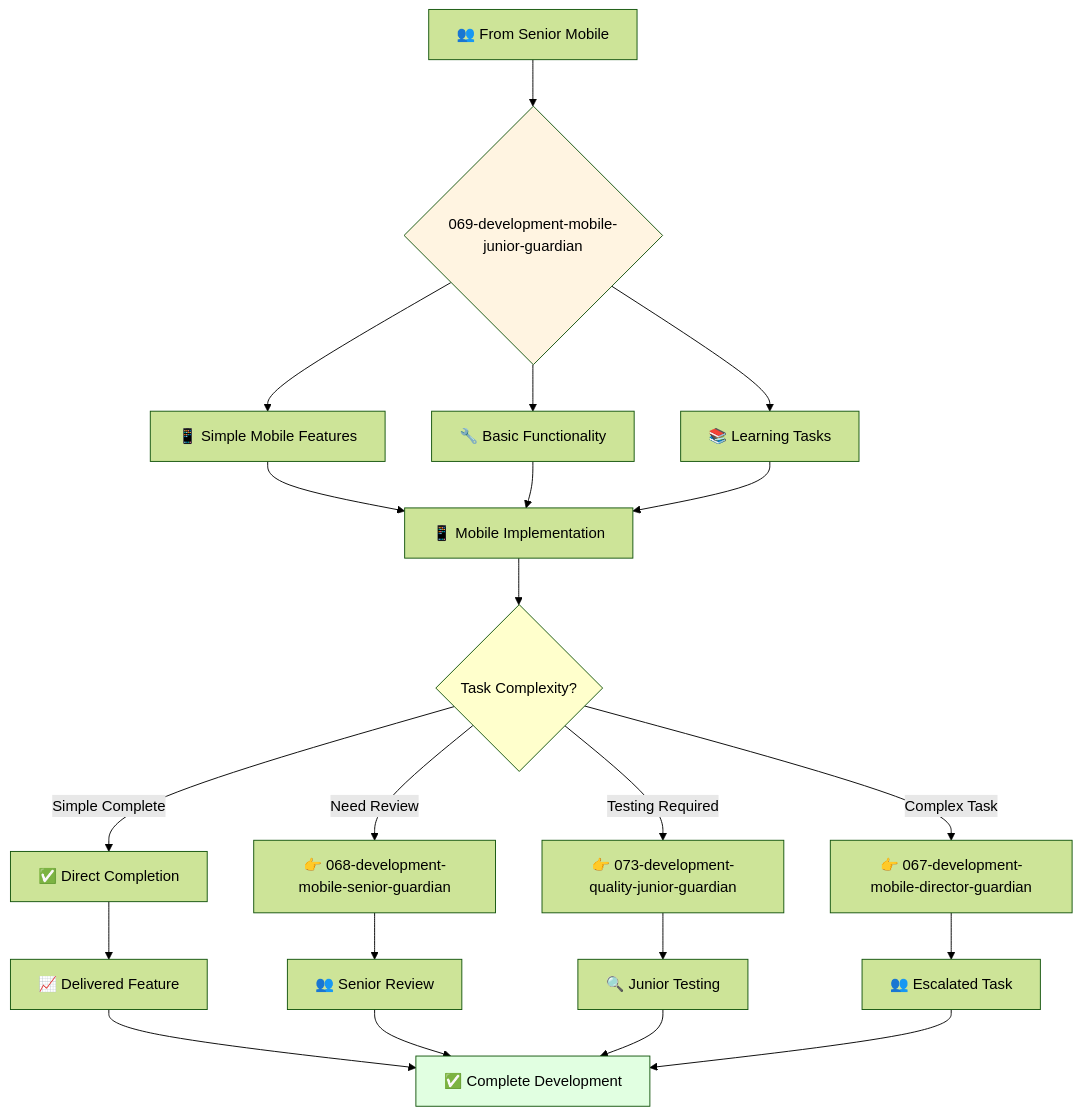
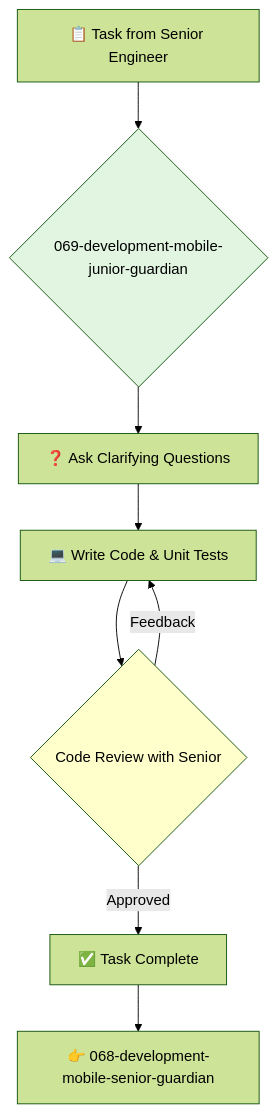
Before and after one commit to kairin/claude-guardian-agents: the diagram in 2-engineering/2-software-engineering/4-mobile-engineering/069-development-mobile-junior-guardian.md, drawn with Mermaid (forest theme). The commit also changed other lines of this file and 42 other files, not shown here.

````diff
--- a/2-engineering/2-software-engineering/4-mobile-engineering/069-development-mobile-junior-guardian.md
+++ b/2-engineering/2-software-engineering/4-mobile-engineering/069-development-mobile-junior-guardian.md
@@ -67,31 +72,14 @@
 ```mermaid
 flowchart TD
-    A[👥 From Senior Mobile] --> B{069-development-mobile-junior-guardian}
-    B --> C[📱 Simple Mobile Features]
-    B --> D[🔧 Basic Functionality]
-    B --> E[📚 Learning Tasks]
-    
-    C --> F[📱 Mobile Implementation]
-    D --> F
-    E --> F
-    
-    F --> G{Task Complexity?}
-    G -->|Simple Complete| H[✅ Direct Completion]
-    G -->|Need Review| I[👉 068-development-mobile-senior-guardian]
-    G -->|Testing Required| J[👉 073-development-quality-junior-guardian]
-    G -->|Complex Task| K[👉 067-development-mobile-director-guardian]
-    
-    H --> L[📈 Delivered Feature]
-    I --> M[👥 Senior Review]
-    J --> N[🔍 Junior Testing]
-    K --> O[👥 Escalated Task]
-    
-    L --> P[✅ Complete Development]
-    M --> P
-    N --> P
-    O --> P
-    
-    style B fill:#fff4e1
-    style G fill:#ffffcc
-    style P fill:#e1ffe1
+    A[📋 Task from Senior Engineer] --> B{069-development-mobile-junior-guardian}
+    B --> C[❓ Ask Clarifying Questions]
+    C --> D[💻 Write Code & Unit Tests]
+    D --> E{Code Review with Senior}
+    E -->|Feedback| D
+    E -->|Approved| F[✅ Task Complete]
+
+    F --> G[👉 068-development-mobile-senior-guardian]
+
+    style B fill:#e1f5e1
+    style E fill:#ffffcc
 ```
````
